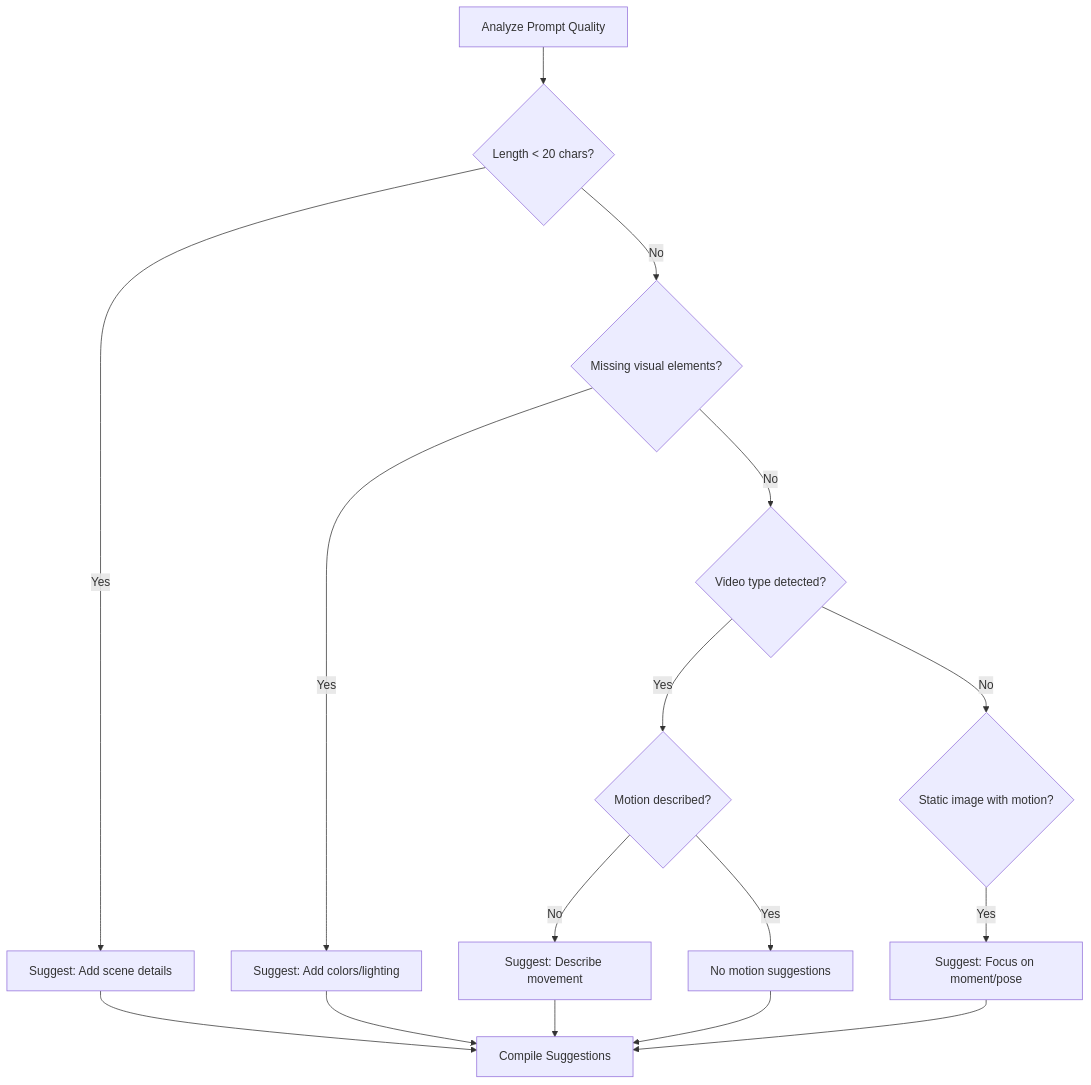
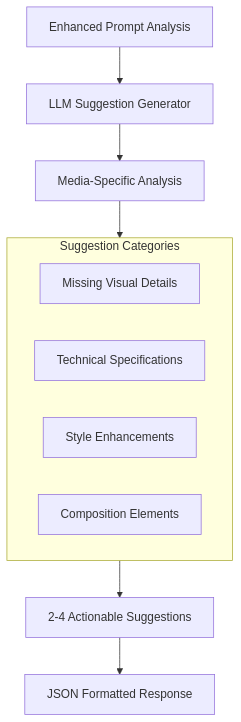
The fourth of 7 diagrams in docs/prompt-enhancement-analysis.md (ryoshumei/what-if-ver-zenn-hackathon), drawn with Mermaid before and after one commit. The commit also changed other lines of this file and 1 other file, not shown here.

````diff
--- a/docs/prompt-enhancement-analysis.md
+++ b/docs/prompt-enhancement-analysis.md
@@ -249,22 +217,16 @@
 ```mermaid
 flowchart TD
-    A[Analyze Prompt Quality] --> B{Length < 20 chars?}
-    B -->|Yes| C[Suggest: Add scene details]
-    B -->|No| D{Missing visual elements?}
+    A[Enhanced Prompt Analysis] --> B[LLM Suggestion Generator]
+    B --> C[Media-Specific Analysis]
 
-    D -->|Yes| E[Suggest: Add colors/lighting]
-    D -->|No| F{Video type detected?}
+    subgraph Analysis [Suggestion Categories]
+        D[Missing Visual Details]
+        E[Technical Specifications]
+        F[Style Enhancements]
+        G[Composition Elements]
+    end
 
-    F -->|Yes| G{Motion described?}
-    G -->|No| H[Suggest: Describe movement]
-    G -->|Yes| I[No motion suggestions]
-
-    F -->|No| J{Static image with motion?}
-    J -->|Yes| K[Suggest: Focus on moment/pose]
-
-    C --> L[Compile Suggestions]
-    E --> L
-    H --> L
-    K --> L
-    I --> L
+    C --> Analysis
+    Analysis --> H[2-4 Actionable Suggestions]
+    H --> I[JSON Formatted Response]
 ```
````
